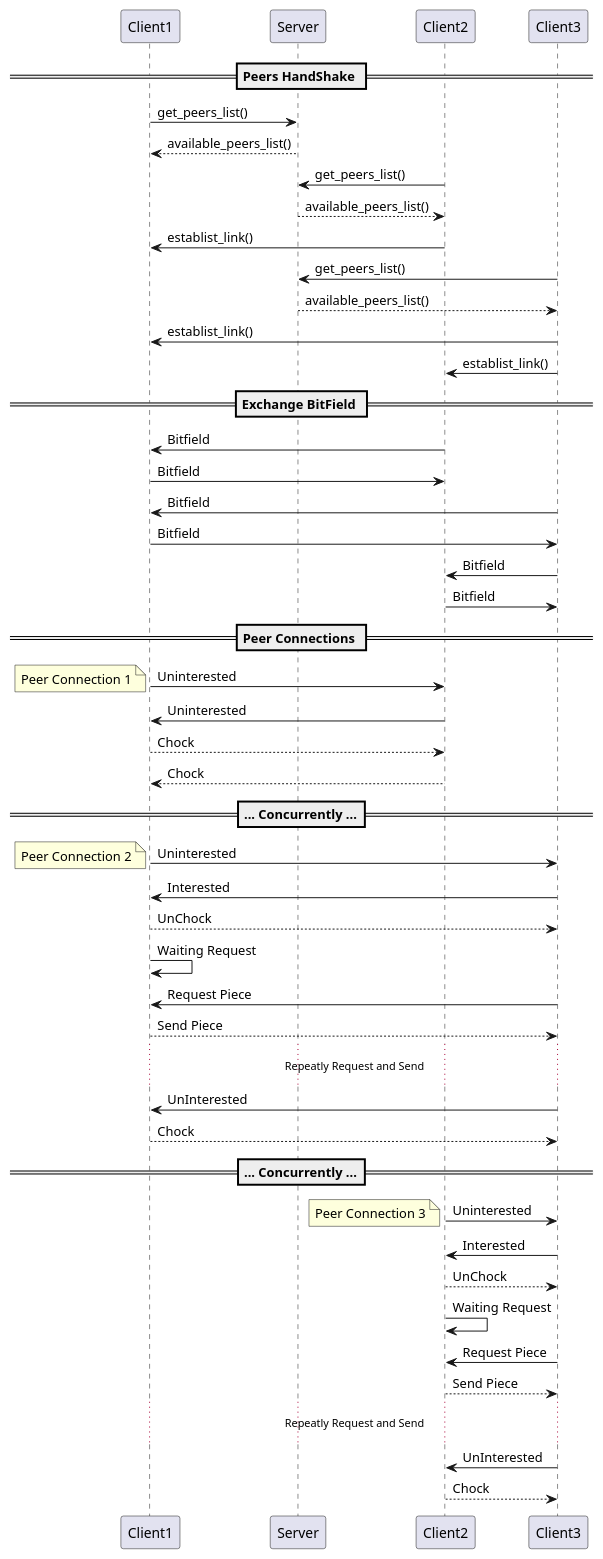
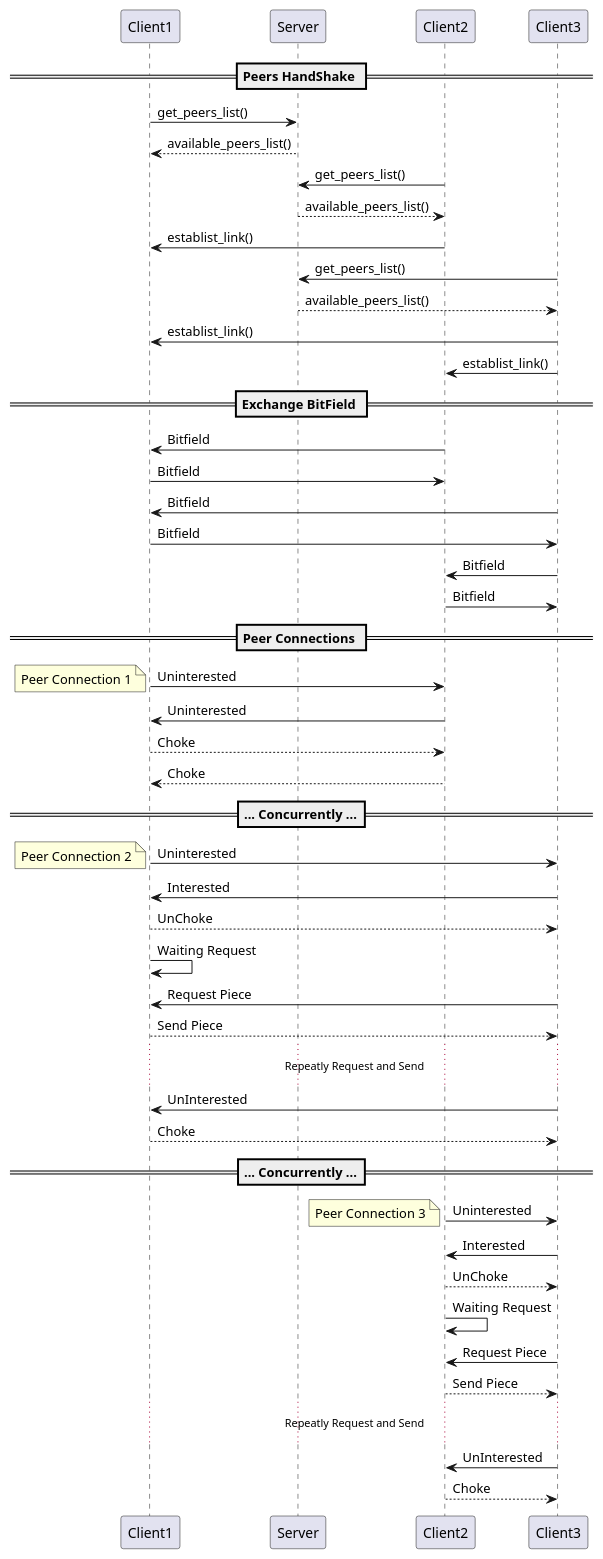
One commit to YanB25/p2p-demo changed the diagram in report/demo1.pu. Above: the diagram before and after it, drawn with PlantUML. The commit also changed 6 other files, not shown here.

```diff
--- a/report/demo1.pu
+++ b/report/demo1.pu
@@ -1,47 +1,47 @@
 @startuml C3RequestC2C1
 == Peers HandShake ==
 Client1 -> Server: get_peers_list()
 Server --> Client1: available_peers_list()
 Client2 -> Server: get_peers_list()
 Server --> Client2: available_peers_list()
 Client2 -> Client1: establist_link()
 Client3 -> Server: get_peers_list()
 Server --> Client3: available_peers_list()
 Client3 -> Client1: establist_link()
 Client3 -> Client2: establist_link()
 == Exchange BitField == 
 Client2 -> Client1: Bitfield
 Client1 -> Client2: Bitfield
 Client3 -> Client1: Bitfield
 Client1 -> Client3: Bitfield
 Client3 -> Client2: Bitfield
 Client2 -> Client3: Bitfield
 == Peer Connections ==
 Client1 -> Client2: Uninterested
 note left: Peer Connection 1
 Client2 -> Client1: Uninterested
-Client1 --> Client2: Chock
-Client2 --> Client1: Chock
+Client1 --> Client2: Choke
+Client2 --> Client1: Choke
 == ... Concurrently ...==
 Client1 -> Client3: Uninterested
 note left: Peer Connection 2
 Client3 -> Client1: Interested
-Client1 --> Client3: UnChock
+Client1 --> Client3: UnChoke
 Client1 -> Client1: Waiting Request
 Client3 -> Client1: Request Piece
 Client1 --> Client3: Send Piece
 ... Repeatly Request and Send ...
 Client3 -> Client1: UnInterested
-Client1 --> Client3: Chock
+Client1 --> Client3: Choke
 == ... Concurrently ...==
 Client2 -> Client3: Uninterested
 note left: Peer Connection 3
 Client3 -> Client2: Interested
-Client2 --> Client3: UnChock
+Client2 --> Client3: UnChoke
 Client2 -> Client2: Waiting Request
 Client3 -> Client2: Request Piece
 Client2 --> Client3: Send Piece
 ... Repeatly Request and Send ...
 Client3 -> Client2: UnInterested
-Client2 --> Client3: Chock
+Client2 --> Client3: Choke
 @enduml
```
